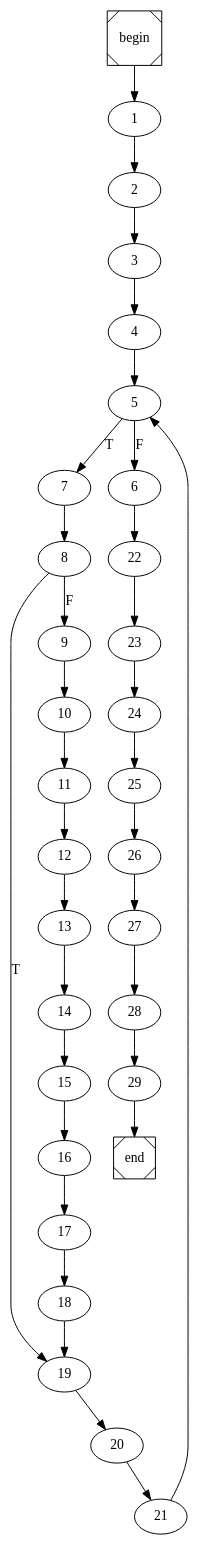
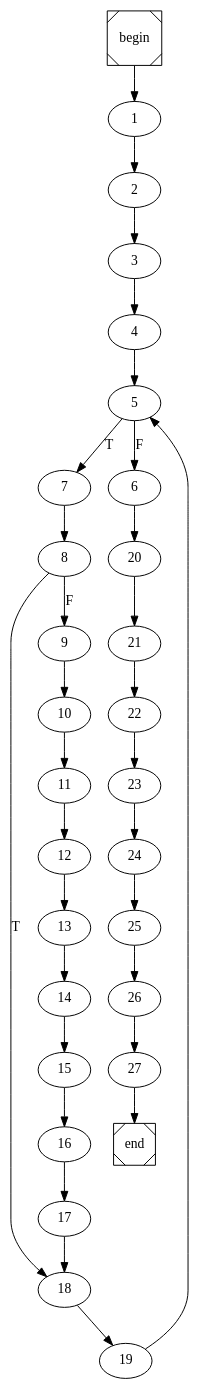
Before and after one commit to arubenruben/JMM-Compiler: the diagram in partition_int_arr_int_int.dot, drawn with Graphviz. The commit also changed 14 other files, not shown here.

```diff
--- a/partition_int_arr_int_int.dot
+++ b/partition_int_arr_int_int.dot
@@ -1,4 +1,4 @@
 digraph cfg {
 	begin [shape=Msquare];
 	end [shape=Msquare];
-	begin -> 1;	1 -> 2;	2 -> 3;	3 -> 4;	4 -> 5;	5 -> 7[label=T];	5 -> 6[label=F];	6 -> 22;	7 -> 8;	8 -> 19[label=T];	8 -> 9[label=F];	9 -> 10;	10 -> 11;	11 -> 12;	12 -> 13;	13 -> 14;	14 -> 15;	15 -> 16;	16 -> 17;	17 -> 18;	18 -> 19;	19 -> 20;	20 -> 21;	21 -> 5;	22 -> 23;	23 -> 24;	24 -> 25;	25 -> 26;	26 -> 27;	27 -> 28;	28 -> 29;	29 -> end;}
+	begin -> 1;	1 -> 2;	2 -> 3;	3 -> 4;	4 -> 5;	5 -> 7[label=T];	5 -> 6[label=F];	6 -> 20;	7 -> 8;	8 -> 18[label=T];	8 -> 9[label=F];	9 -> 10;	10 -> 11;	11 -> 12;	12 -> 13;	13 -> 14;	14 -> 15;	15 -> 16;	16 -> 17;	17 -> 18;	18 -> 19;	19 -> 5;	20 -> 21;	21 -> 22;	22 -> 23;	23 -> 24;	24 -> 25;	25 -> 26;	26 -> 27;	27 -> end;}
```
